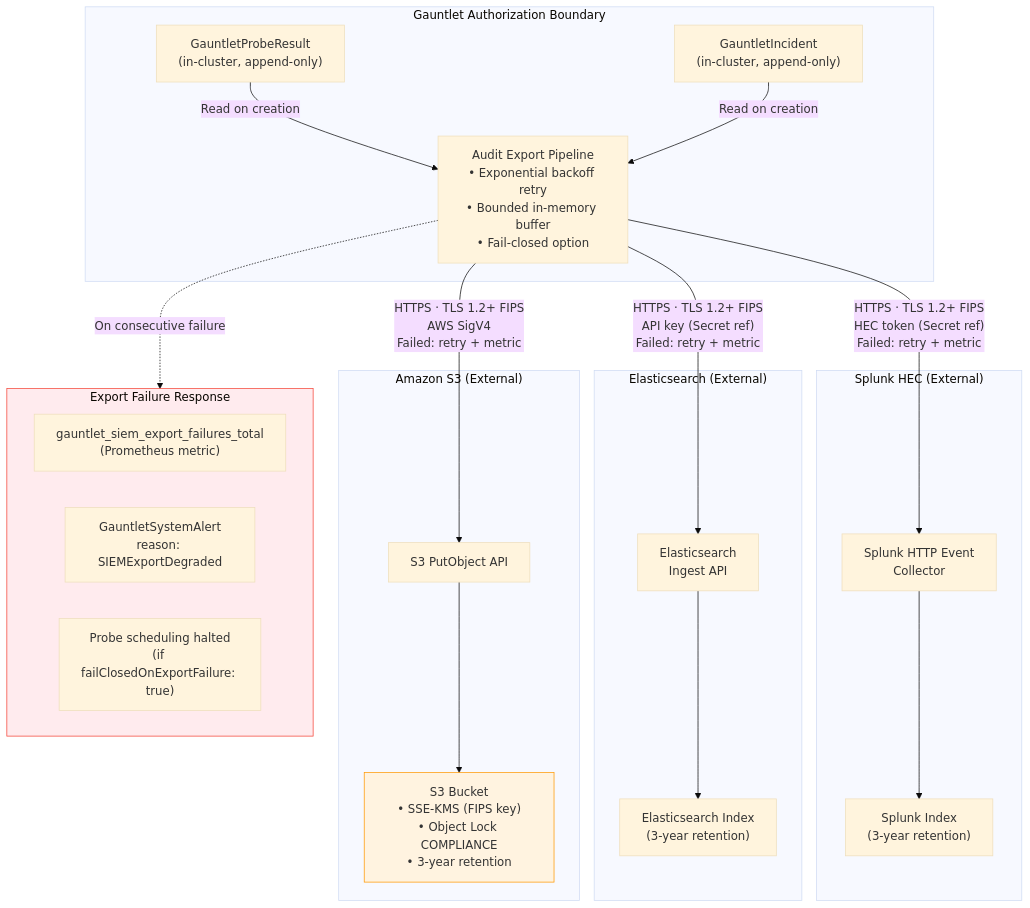
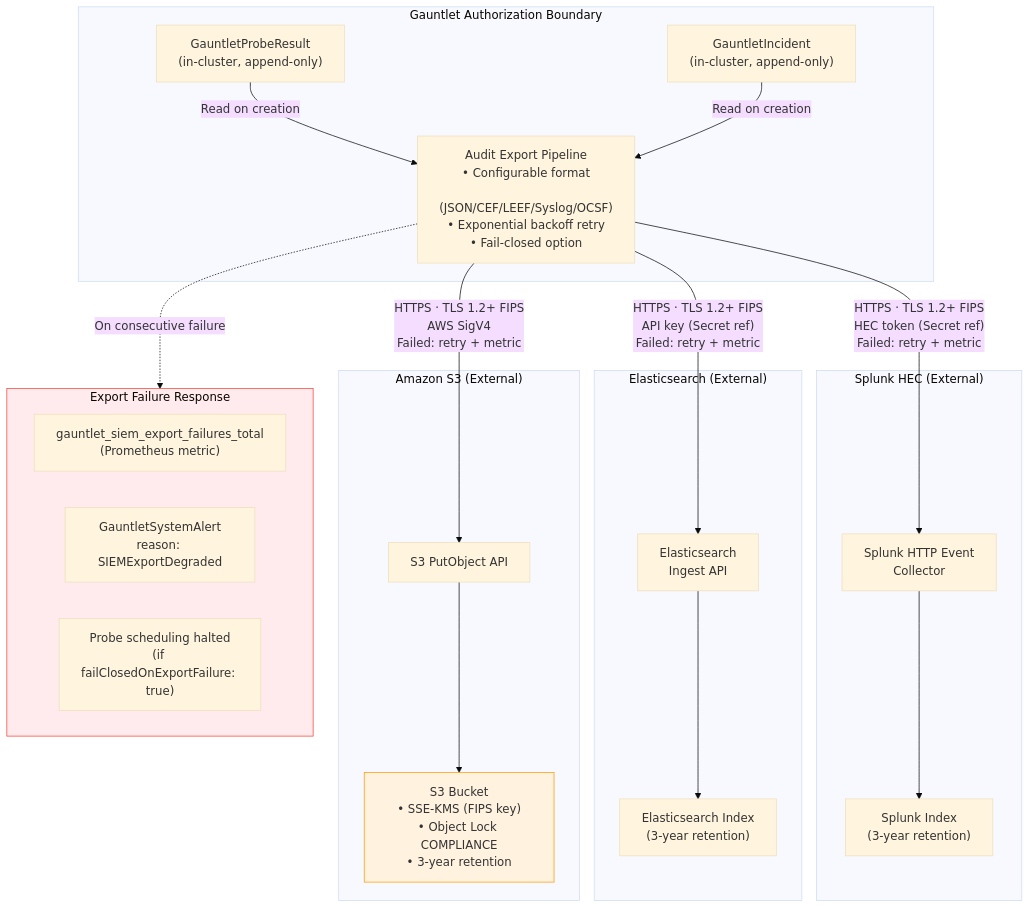
One commit to primaris-tech/sidereal changed the fourth of 4 diagrams in compliance/diagrams/data-flows.md. Above: the diagram before and after it, drawn with Mermaid (base theme). The commit also changed other lines of this file and 24 other files, not shown here.

````diff
--- a/compliance/diagrams/data-flows.md
+++ b/compliance/diagrams/data-flows.md
@@ -184,46 +184,46 @@
 ```mermaid
 flowchart TB
     subgraph GAUNTLET ["Gauntlet Authorization Boundary"]
         GPR_STORE["GauntletProbeResult\n(in-cluster, append-only)"]
         GI_STORE["GauntletIncident\n(in-cluster, append-only)"]
-        EXPORT["Audit Export Pipeline\n• Exponential backoff retry\n• Bounded in-memory buffer\n• Fail-closed option"]
+        EXPORT["Audit Export Pipeline\n• Configurable format\n  (JSON/CEF/LEEF/Syslog/OCSF)\n• Exponential backoff retry\n• Fail-closed option"]
     end
 
     GPR_STORE -->|"Read on creation"| EXPORT
     GI_STORE -->|"Read on creation"| EXPORT
 
     subgraph SPLUNK_TARGET ["Splunk HEC (External)"]
         SPLUNK["Splunk HTTP Event\nCollector"]
         SPLUNK_IDX["Splunk Index\n(3-year retention)"]
     end
 
     subgraph ELASTIC_TARGET ["Elasticsearch (External)"]
         ELASTIC["Elasticsearch\nIngest API"]
         ELASTIC_IDX["Elasticsearch Index\n(3-year retention)"]
     end
 
     subgraph S3_TARGET ["Amazon S3 (External)"]
         S3_API["S3 PutObject API"]
         S3_BUCKET["S3 Bucket\n• SSE-KMS (FIPS key)\n• Object Lock COMPLIANCE\n• 3-year retention"]
     end
 
     EXPORT -->|"HTTPS · TLS 1.2+ FIPS\nHEC token (Secret ref)\nFailed: retry + metric"| SPLUNK
     SPLUNK --> SPLUNK_IDX
 
     EXPORT -->|"HTTPS · TLS 1.2+ FIPS\nAPI key (Secret ref)\nFailed: retry + metric"| ELASTIC
     ELASTIC --> ELASTIC_IDX
 
     EXPORT -->|"HTTPS · TLS 1.2+ FIPS\nAWS SigV4\nFailed: retry + metric"| S3_API
     S3_API --> S3_BUCKET
 
     subgraph FAILURE ["Export Failure Response"]
         F1["gauntlet_siem_export_failures_total\n(Prometheus metric)"]
         F2["GauntletSystemAlert\nreason: SIEMExportDegraded"]
         F3["Probe scheduling halted\n(if failClosedOnExportFailure: true)"]
     end
 
     EXPORT -.->|"On consecutive failure"| FAILURE
 
     style S3_BUCKET fill:#fff3e0,stroke:#FF9800
     style FAILURE fill:#ffebee,stroke:#f44336
 ```
````
